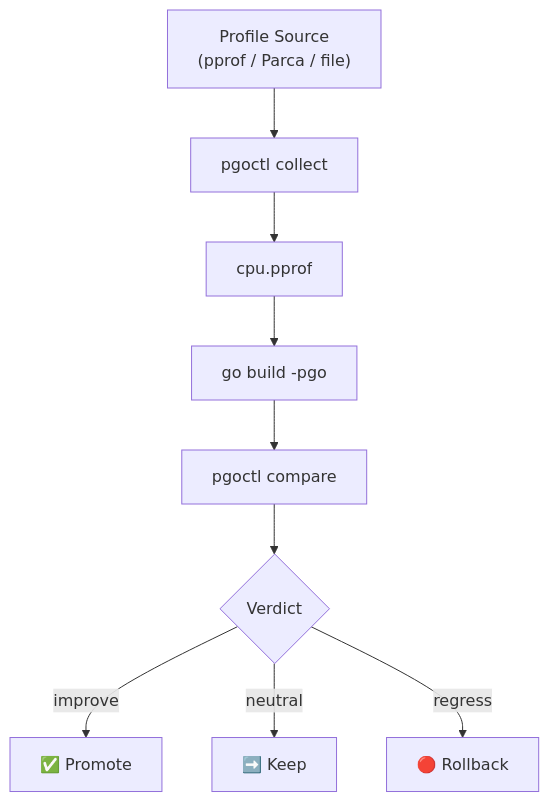
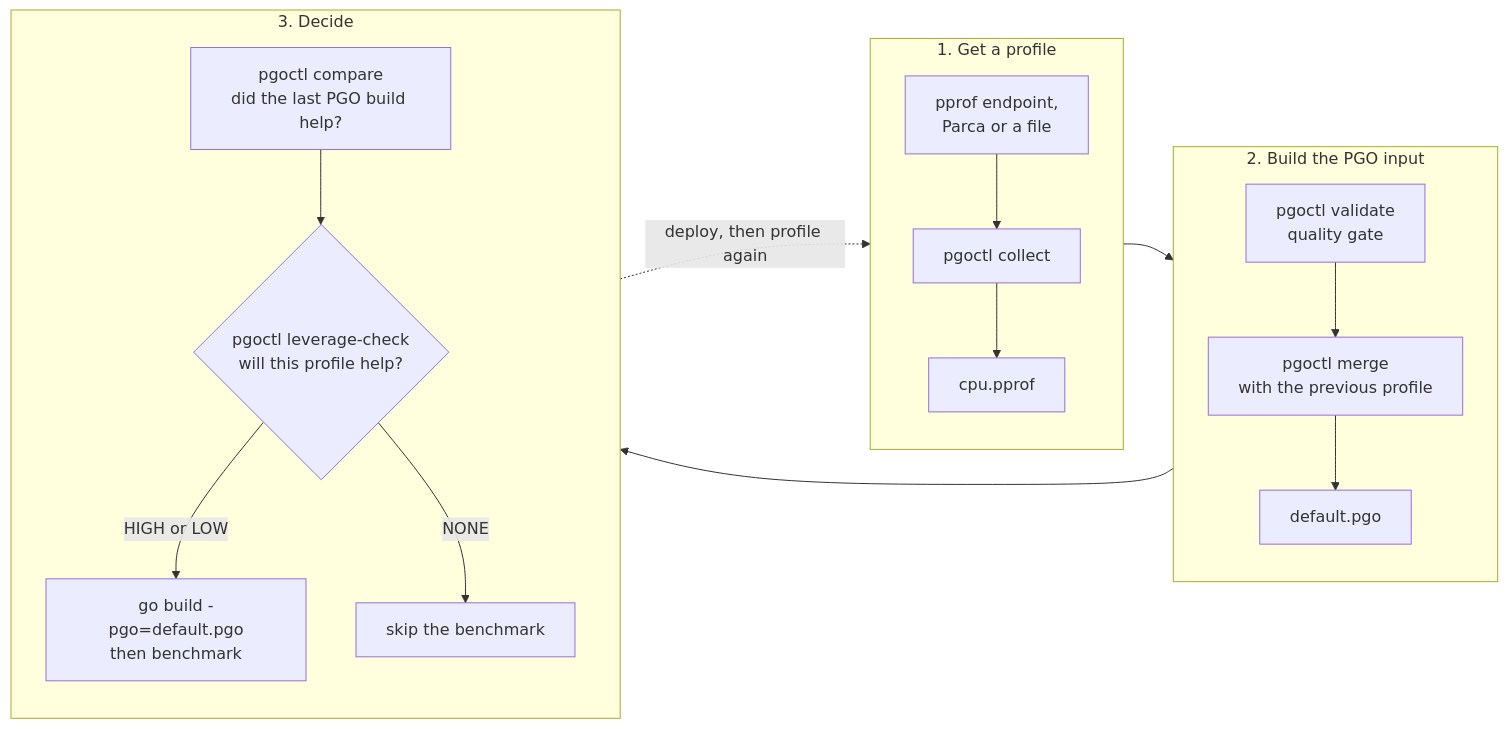
One commit to better-go-labs/pgoctl changed the diagram in README.md. Above: the diagram before and after it, drawn with Mermaid. The commit also changed other lines of this file, not shown here.

Commit message:
docs(readme): redraw the pipeline as three left-to-right stages
The old top-down chain skipped validate, merge and leverage-check, and
drew compare after go build although compare reads two profiles. The new
diagram groups the commands into get a profile, build the PGO input and
decide, in the order the Action runs them, and shows the loop back to
profiling. Stages link to each other rather than node to node, because
Mermaid drops a subgraph's direction once its nodes link outside it.

````diff
--- a/README.md
+++ b/README.md
@@ -20,11 +20,19 @@
 ```mermaid
-flowchart TD
-    A["Profile Source\n(pprof / Parca / file)"] --> B["pgoctl collect"]
-    B --> C["cpu.pprof"]
-    C --> D["go build -pgo"]
-    D --> E["pgoctl compare"]
-    E --> F{"Verdict"}
-    F -->|improve| G["✅ Promote"]
-    F -->|neutral| H["➡️ Keep"]
-    F -->|regress| I["🔴 Rollback"]
+flowchart LR
+    subgraph S1["1. Get a profile"]
+        direction TB
+        SRC["pprof endpoint,<br/>Parca or a file"] --> COL["pgoctl collect"] --> CPU["cpu.pprof"]
+    end
+    subgraph S2["2. Build the PGO input"]
+        direction TB
+        VAL["pgoctl validate<br/>quality gate"] --> MRG["pgoctl merge<br/>with the previous profile"] --> PGO["default.pgo"]
+    end
+    subgraph S3["3. Decide"]
+        direction TB
+        CMP["pgoctl compare<br/>did the last PGO build help?"] --> LEV{"pgoctl leverage-check<br/>will this profile help?"}
+        LEV -->|HIGH or LOW| BLD["go build -pgo=default.pgo<br/>then benchmark"]
+        LEV -->|NONE| SKIP["skip the benchmark"]
+    end
+    S1 --> S2 --> S3
+    S3 -.->|deploy, then profile again| S1
 ```
````
